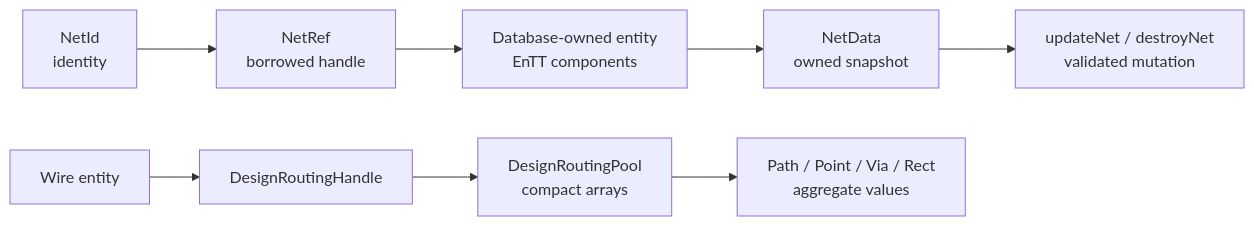
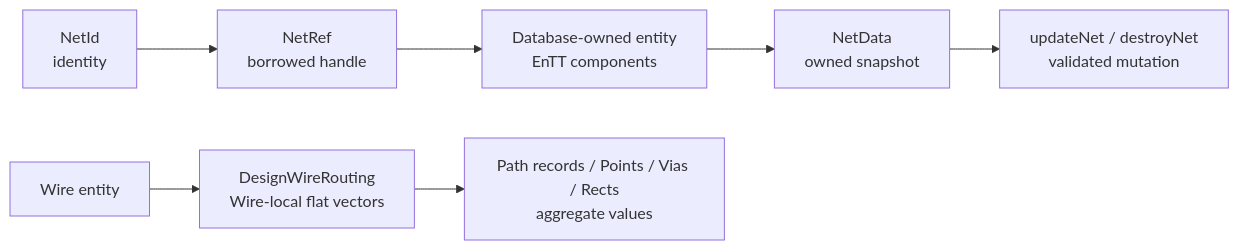
One commit to openecos-projects/ecc-tools changed the second of 3 diagrams in src/database/eccdb/doc/Architecture.en.md. Above: the diagram before and after it, drawn with Mermaid. The commit also changed other lines of this file and 95 other files, not shown here.

````diff
--- a/src/database/eccdb/doc/Architecture.en.md
+++ b/src/database/eccdb/doc/Architecture.en.md
@@ -100,10 +100,9 @@
 ```mermaid
 flowchart LR
   id["NetId\nidentity"] --> ref["NetRef\nborrowed handle"]
   ref --> entity["Database-owned entity\nEnTT components"]
   entity --> snapshot["NetData\nowned snapshot"]
   snapshot --> write["updateNet / destroyNet\nvalidated mutation"]
-  wire["Wire entity"] --> handle["DesignRoutingHandle"]
-  handle --> pool["DesignRoutingPool\ncompact arrays"]
-  pool --> values["Path / Point / Via / Rect\naggregate values"]
+  wire["Wire entity"] --> routing["DesignWireRouting\nWire-local flat vectors"]
+  routing --> values["Path records / Points / Vias / Rects\naggregate values"]
 ```
````
